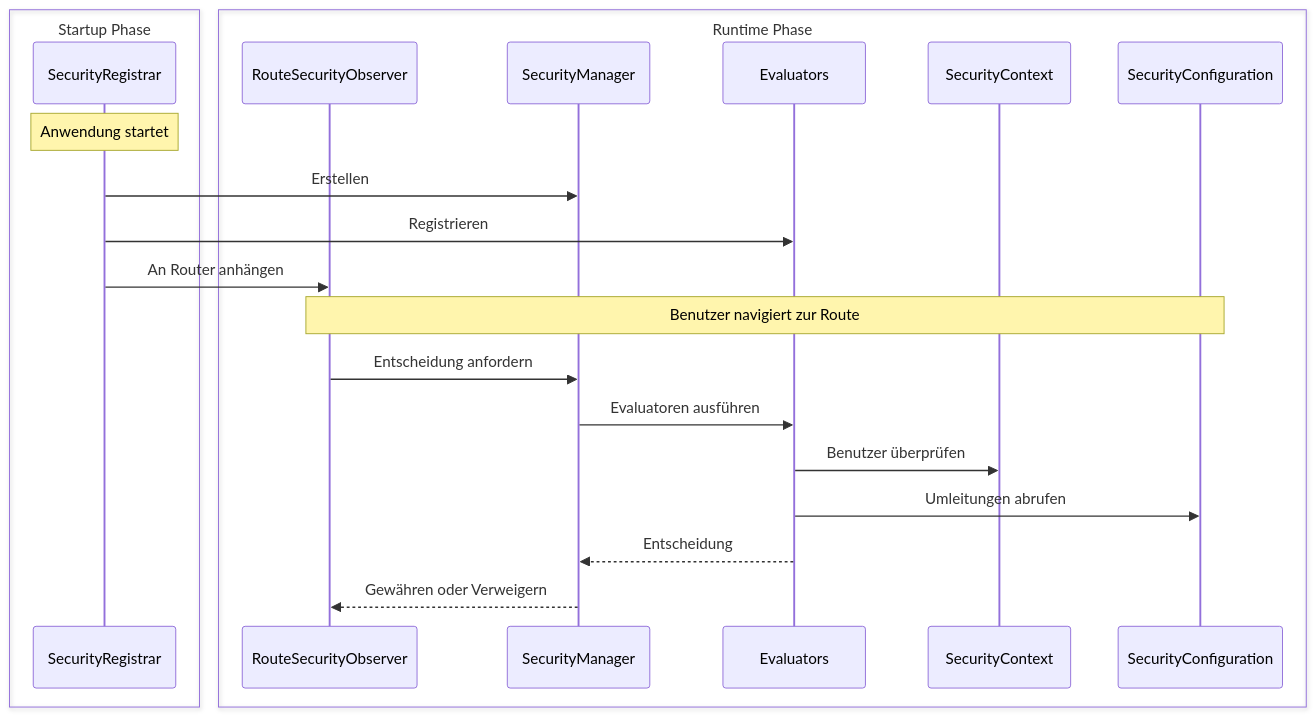
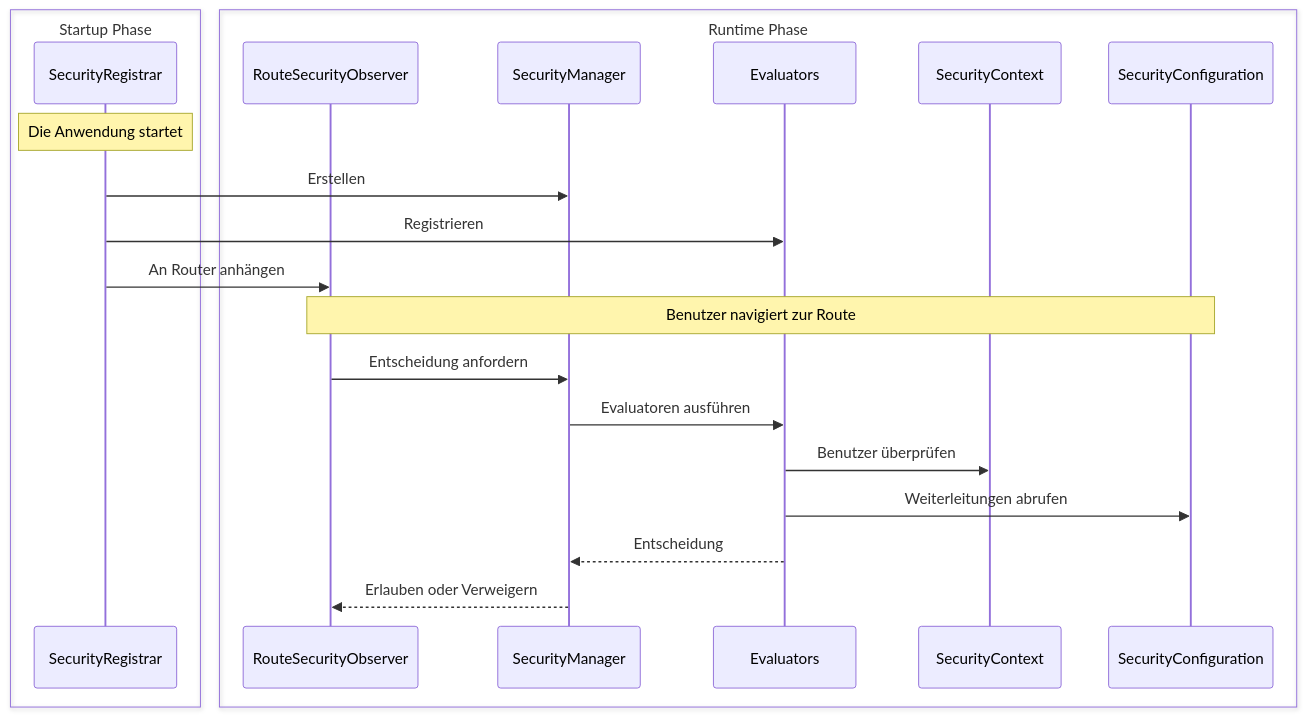
One commit to webforj/webforj-documentation changed the diagram in docs/i18n/de/docusaurus-plugin-content-docs/current/security/architecture/custom-implementation.md. Above: the diagram before and after it, drawn with Mermaid. The commit also changed other lines of this file and 1016 other files, not shown here.

````diff
--- a/docs/i18n/de/docusaurus-plugin-content-docs/current/security/architecture/custom-implementation.md
+++ b/docs/i18n/de/docusaurus-plugin-content-docs/current/security/architecture/custom-implementation.md
@@ -25,26 +28,26 @@
 ```mermaid
 sequenceDiagram
   box Startup Phase
   participant Registrar as SecurityRegistrar
   end
   box Runtime Phase
   participant Observer as RouteSecurityObserver
   participant Manager as SecurityManager
   participant Evaluators
   participant Context as SecurityContext
   participant Config as SecurityConfiguration
   end
 
-  Note over Registrar: Anwendung startet
+  Note over Registrar: Die Anwendung startet
   Registrar->>Manager: Erstellen
   Registrar->>Evaluators: Registrieren
   Registrar->>Observer: An Router anhängen
 
   Note over Observer,Config: Benutzer navigiert zur Route
   Observer->>Manager: Entscheidung anfordern
   Manager->>Evaluators: Evaluatoren ausführen
   Evaluators->>Context: Benutzer überprüfen
-  Evaluators->>Config: Umleitungen abrufen
+  Evaluators->>Config: Weiterleitungen abrufen
   Evaluators-->>Manager: Entscheidung
-  Manager-->>Observer: Gewähren oder Verweigern
+  Manager-->>Observer: Erlauben oder Verweigern
 ```
````
